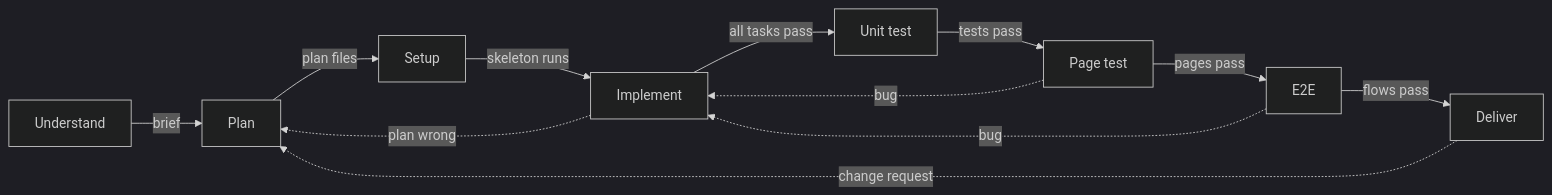
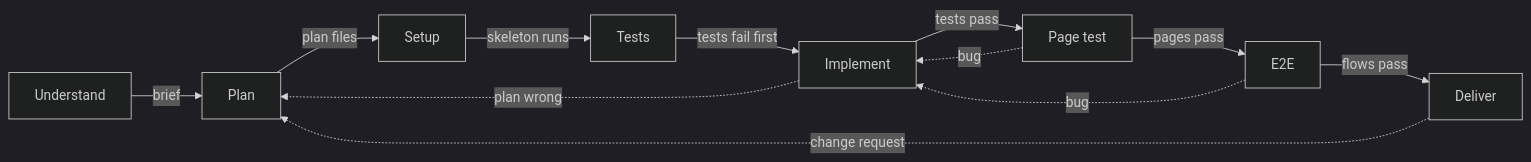
The first of 3 diagrams in docs/decisions/0004-sdlc-phases-and-gates.md (RUI030/Jach), drawn with Mermaid (dark theme) before and after one commit. The commit also changed other lines of this file, not shown here.

Commit message:
0004: tests before implementation, brief format, install as tool call

````diff
--- a/docs/decisions/0004-sdlc-phases-and-gates.md
+++ b/docs/decisions/0004-sdlc-phases-and-gates.md
@@ -13,14 +13,14 @@
 ```mermaid
 flowchart LR
     U[Understand] -->|brief| P[Plan]
     P -->|plan files| S[Setup]
-    S -->|skeleton runs| I[Implement]
-    I -->|all tasks pass| T[Unit test]
-    T -->|tests pass| G[Page test]
+    S -->|skeleton runs| T[Tests]
+    T -->|tests fail first| I[Implement]
+    I -->|tests pass| G[Page test]
     G -->|pages pass| E[E2E]
     E -->|flows pass| D[Deliver]
     G -.->|bug| I
     E -.->|bug| I
     I -.->|plan wrong| P
     D -.->|change request| P
 ```
````
